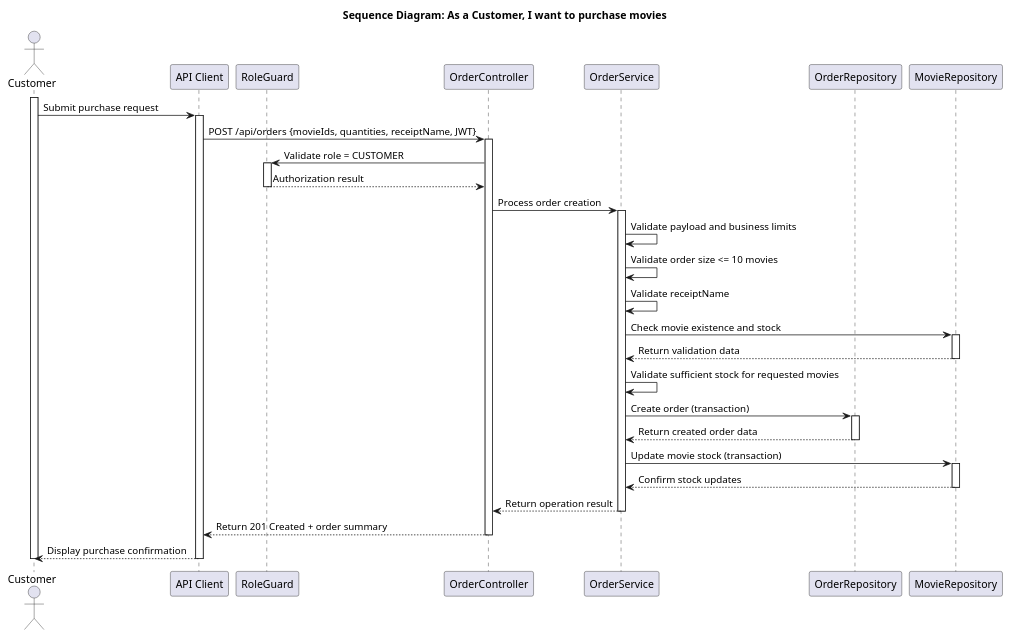
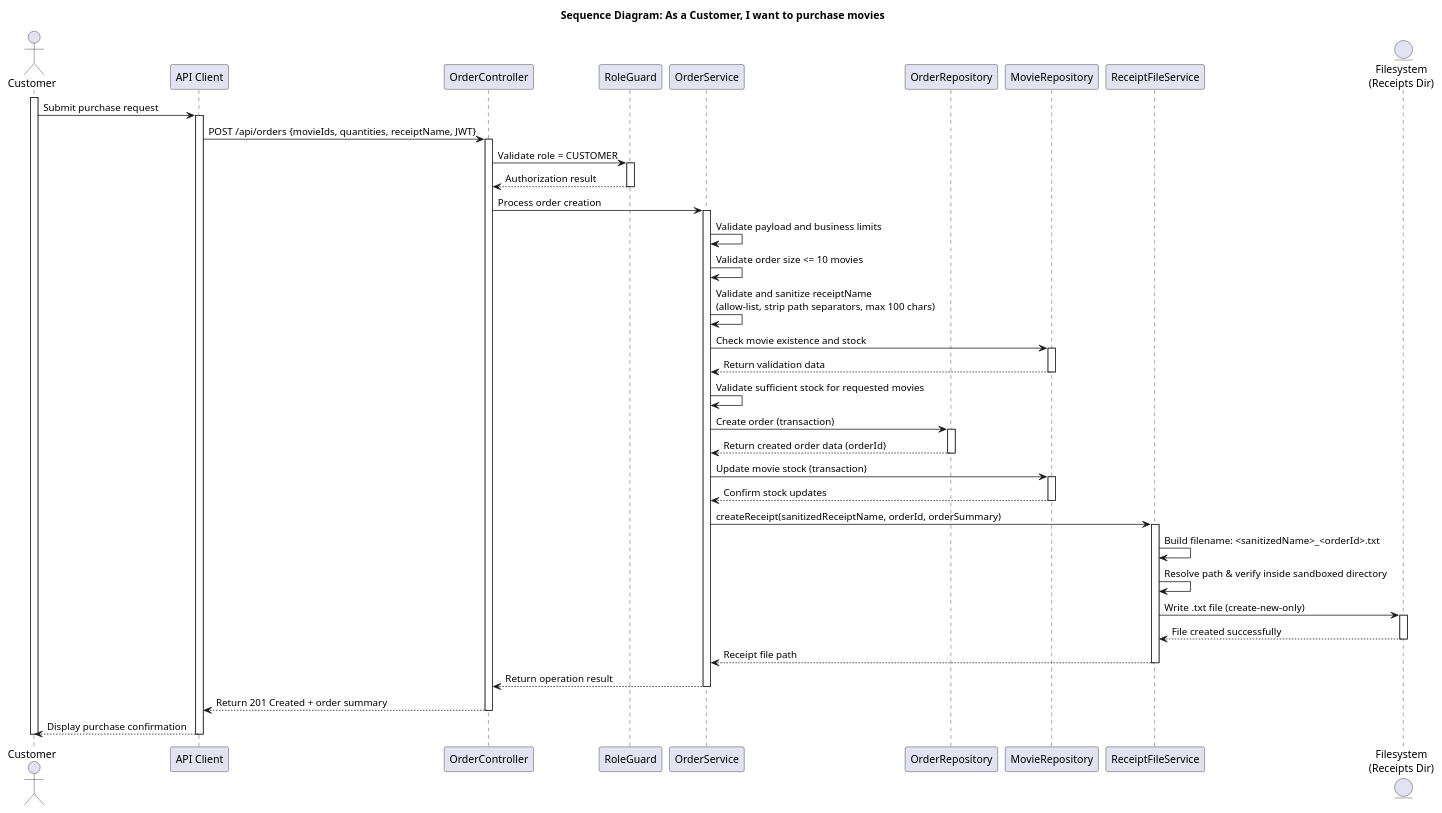
One commit to mei-desofs/desofs2026-wed_nap_1-1 changed the diagram in Deliverables/Phase1/UseCases/UC3_PurchaseMovie/Diagrams/uml/UseCase3.puml. Above: the diagram before and after it, drawn with PlantUML. The commit also changed 5 other files, not shown here.

Commit message:
UC4 documentation: - Use and Abuse case - Sequence diagram - Readme

```diff
--- a/Deliverables/Phase1/UseCases/UC3_PurchaseMovie/Diagrams/uml/UseCase3.puml
+++ b/Deliverables/Phase1/UseCases/UC3_PurchaseMovie/Diagrams/uml/UseCase3.puml
@@ -1,53 +1,66 @@
 @startuml
 
 title "Sequence Diagram: As a Customer, I want to purchase movies"
 
 actor Customer
 participant "API Client" as API
+participant OrderController as OC
 participant RoleGuard as RG
-participant OrderController as OC
 participant OrderService as OS
 participant OrderRepository as OR
 participant MovieRepository as MR
+participant ReceiptFileService as RFS
+entity "Filesystem\n(Receipts Dir)" as FS
 
 activate Customer
 Customer -> API: Submit purchase request
 activate API
 API -> OC: POST /api/orders {movieIds, quantities, receiptName, JWT}
 activate OC
 OC -> RG: Validate role = CUSTOMER
 activate RG
 RG --> OC: Authorization result
 deactivate RG
 
 OC -> OS: Process order creation
 activate OS
 OS -> OS: Validate payload and business limits
 OS -> OS: Validate order size <= 10 movies
-OS -> OS: Validate receiptName
+OS -> OS: Validate and sanitize receiptName\n(allow-list, strip path separators, max 100 chars)
 OS -> MR: Check movie existence and stock
 activate MR
 MR --> OS: Return validation data
 deactivate MR
 OS -> OS: Validate sufficient stock for requested movies
 
 OS -> OR: Create order (transaction)
 activate OR
-OR --> OS: Return created order data
+OR --> OS: Return created order data (orderId)
 deactivate OR
 
 OS -> MR: Update movie stock (transaction)
 activate MR
 MR --> OS: Confirm stock updates
 deactivate MR
+
+OS -> RFS: createReceipt(sanitizedReceiptName, orderId, orderSummary)
+activate RFS
+RFS -> RFS: Build filename: <sanitizedName>_<orderId>.txt
+RFS -> RFS: Resolve path & verify inside sandboxed directory
+RFS -> FS: Write .txt file (create-new-only)
+activate FS
+FS --> RFS: File created successfully
+deactivate FS
+RFS --> OS: Receipt file path
+deactivate RFS
 
 OS --> OC: Return operation result
 deactivate OS
 OC --> API: Return 201 Created + order summary
 deactivate OC
 
 API --> Customer: Display purchase confirmation
 deactivate API
 deactivate Customer
 
 @enduml
```
